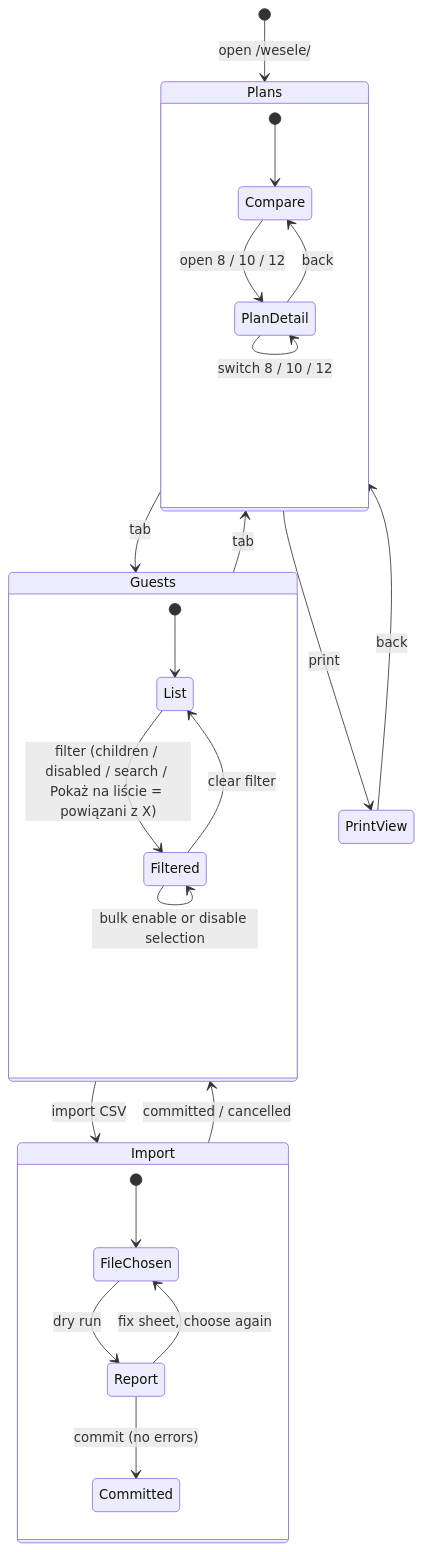
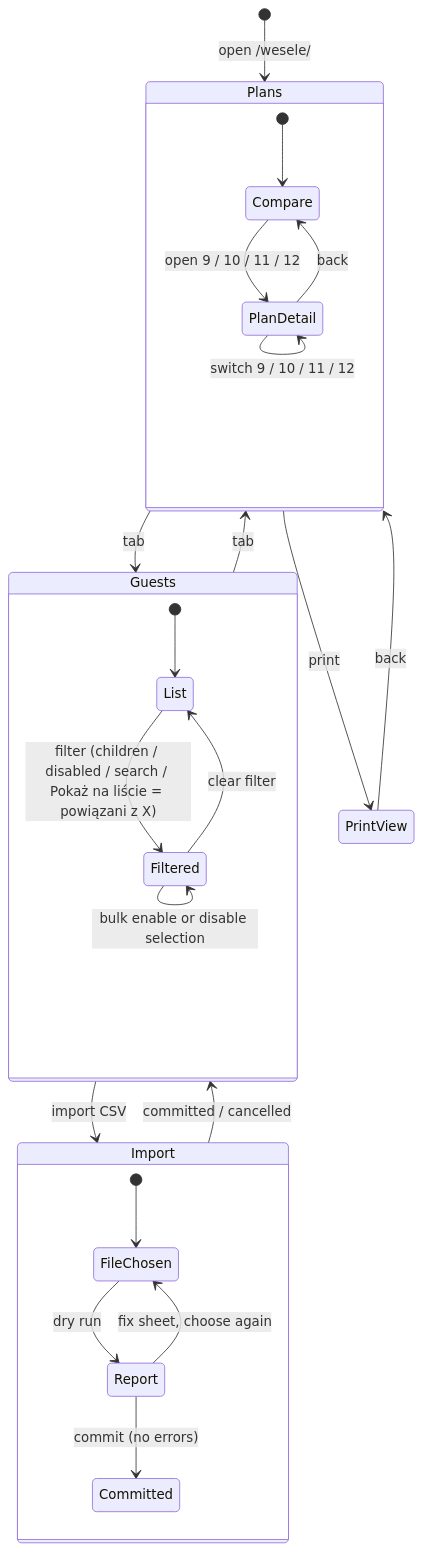
Before and after one commit to emicon123/wedding-seating-planner: the fourth of 4 diagrams in docs/architecture/diagrams/001-state-machine.md, drawn with Mermaid. The commit also changed other lines of this file and 22 other files, not shown here.

First line of the commit message:
feat(architecture): table capacities 9/10/11/12 and floor 8 (task 006, phase A)

````diff
--- a/docs/architecture/diagrams/001-state-machine.md
+++ b/docs/architecture/diagrams/001-state-machine.md
@@ -141,28 +141,28 @@
 ```mermaid
 stateDiagram-v2
     [*] --> Plans: open /wesele/
     Plans --> Guests: tab
     Guests --> Plans: tab
     Guests --> Import: import CSV
     state Import {
         [*] --> FileChosen
         FileChosen --> Report: dry run
         Report --> FileChosen: fix sheet, choose again
         Report --> Committed: commit (no errors)
     }
     Import --> Guests: committed / cancelled
     Plans --> PrintView: print
     PrintView --> Plans: back
     state Plans {
         [*] --> Compare
-        Compare --> PlanDetail: open 8 / 10 / 12
+        Compare --> PlanDetail: open 9 / 10 / 11 / 12
         PlanDetail --> Compare: back
-        PlanDetail --> PlanDetail: switch 8 / 10 / 12
+        PlanDetail --> PlanDetail: switch 9 / 10 / 11 / 12
     }
     state Guests {
         [*] --> List
         List --> Filtered: filter (children / disabled / search / Pokaż na liście = powiązani z X)
         Filtered --> List: clear filter
         Filtered --> Filtered: bulk enable or disable selection
     }
 ```
````
